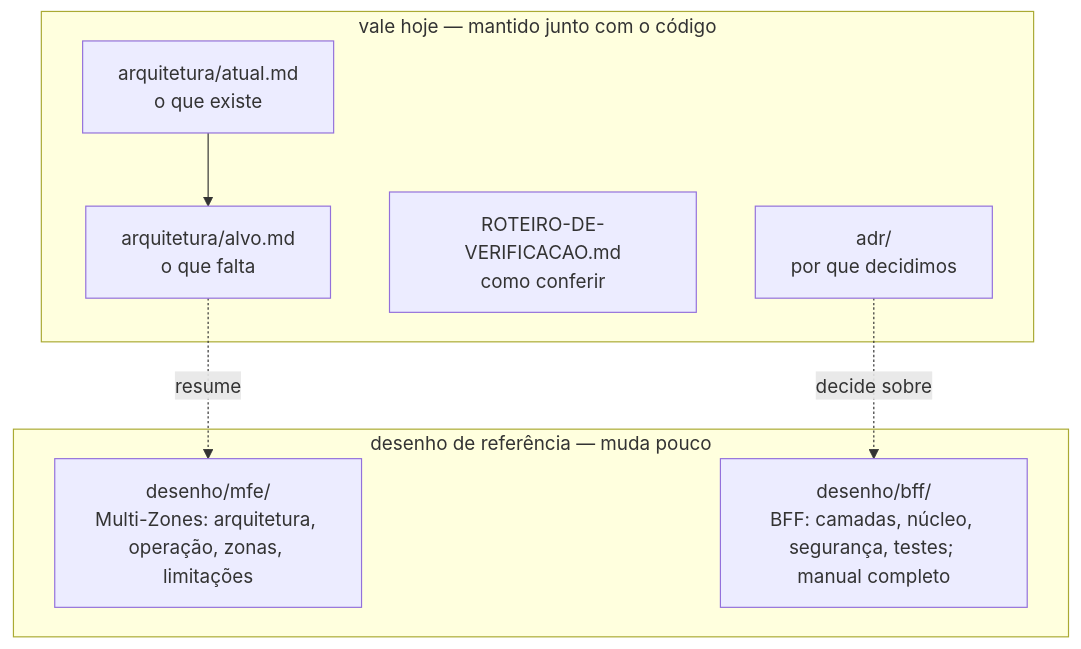
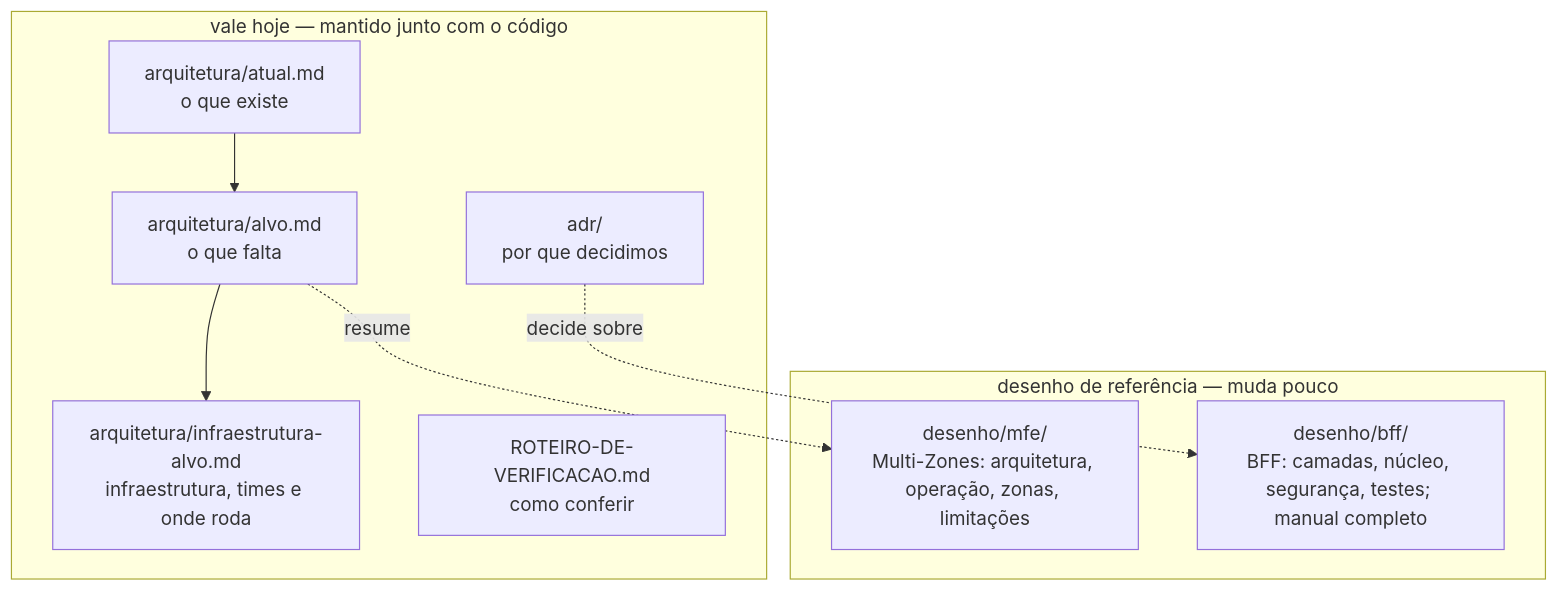
One commit to ArtroxGabriel/nextjs-mfe changed the diagram in docs/README.md. Above: the diagram before and after it, drawn with Mermaid. The commit also changed other lines of this file and 3 other files, not shown here.

Commit message:
docs(arquitetura): target infrastructure in layers, with owning teams and where each part runs (machine, Docker, namespaces); indexed in docs/README and alvo.md

````diff
--- a/docs/README.md
+++ b/docs/README.md
@@ -19,16 +20,18 @@
 ```mermaid
 flowchart TB
     subgraph VALE["vale hoje — mantido junto com o código"]
         AT["arquitetura/atual.md<br/>o que existe"]
         AL["arquitetura/alvo.md<br/>o que falta"]
+        IN["arquitetura/infraestrutura-alvo.md<br/>infraestrutura, times e onde roda"]
         RO["ROTEIRO-DE-VERIFICACAO.md<br/>como conferir"]
         ADR["adr/<br/>por que decidimos"]
     end
     subgraph REF["desenho de referência — muda pouco"]
         MFE["desenho/mfe/<br/>Multi-Zones: arquitetura, operação, zonas, limitações"]
         COM["desenho/bff/<br/>BFF: camadas, núcleo, segurança, testes; manual completo"]
     end
     AT --> AL
+    AL --> IN
     AL -. resume .-> MFE
     ADR -. decide sobre .-> COM
 ```
````
